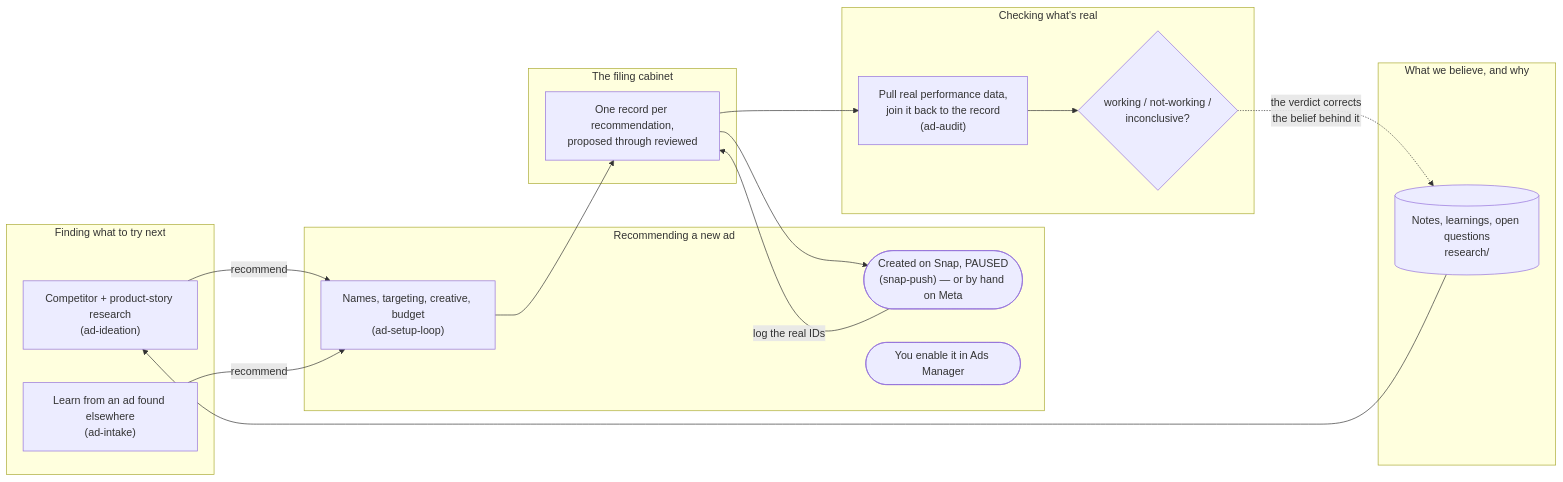
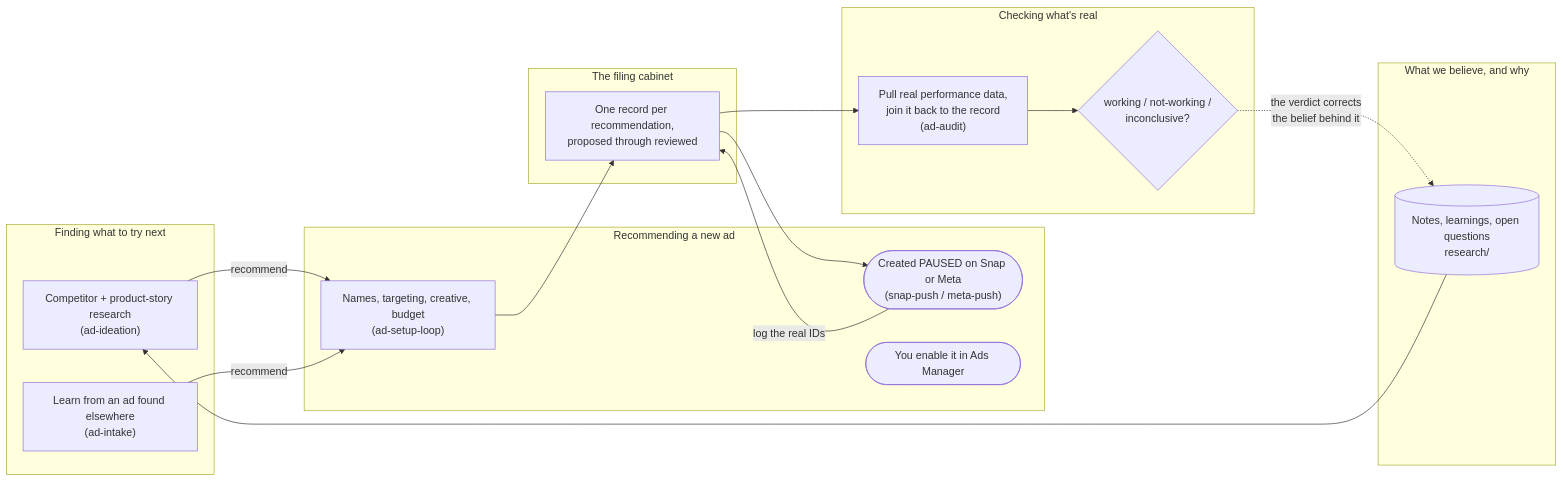
Before and after one commit to sreme19/ad-management-agent: the diagram in wiki-export/Home.md, drawn with Mermaid.

Commit message:
Redraw the Home flow now that Meta is not the by-hand branch
The mermaid node still read "Created on Snap, PAUSED (snap-push) — or by hand on
Meta", which stopped being true when meta-push landed. Found by diffing
wiki-export against a fresh clone of the live wiki before publishing, which is
the check the memory note asks for and the reason it asks for it.

````diff
--- a/wiki-export/Home.md
+++ b/wiki-export/Home.md
@@ -15,35 +15,35 @@
 ```mermaid
 flowchart LR
     subgraph Ideate["Finding what to try next"]
         I1["Competitor + product-story research\n(ad-ideation)"]
         I2["Learn from an ad found elsewhere\n(ad-intake)"]
     end
 
     subgraph Setup["Recommending a new ad"]
         S1["Names, targeting, creative, budget\n(ad-setup-loop)"]
-        S2(["Created on Snap, PAUSED\n(snap-push) — or by hand on Meta"])
+        S2(["Created PAUSED on Snap or Meta\n(snap-push / meta-push)"])
         S3(["You enable it in Ads Manager"])
     end
 
     subgraph Track["The filing cabinet"]
         L1["One record per recommendation,\nproposed through reviewed"]
     end
 
     subgraph Audit["Checking what's real"]
         A1["Pull real performance data,\njoin it back to the record\n(ad-audit)"]
         A2{"working / not-working /\ninconclusive?"}
     end
 
     subgraph Learn["What we believe, and why"]
         R1[("Notes, learnings, open questions\nresearch/")]
     end
 
     R1 --> I1
     I1 -->|"recommend"| S1
     I2 -->|"recommend"| S1
     S1 --> L1
     L1 --> S2
     S2 -->|"log the real IDs"| L1
     L1 --> A1 --> A2
     A2 -.->|"the verdict corrects\nthe belief behind it"| R1
 ```
````
